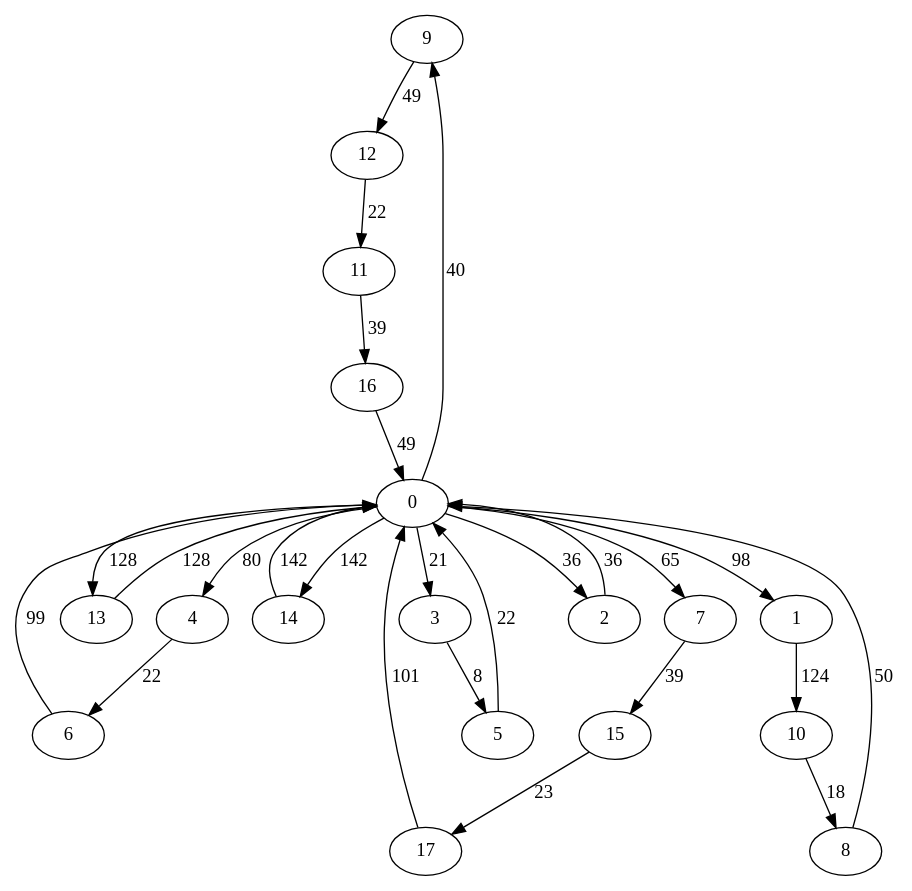
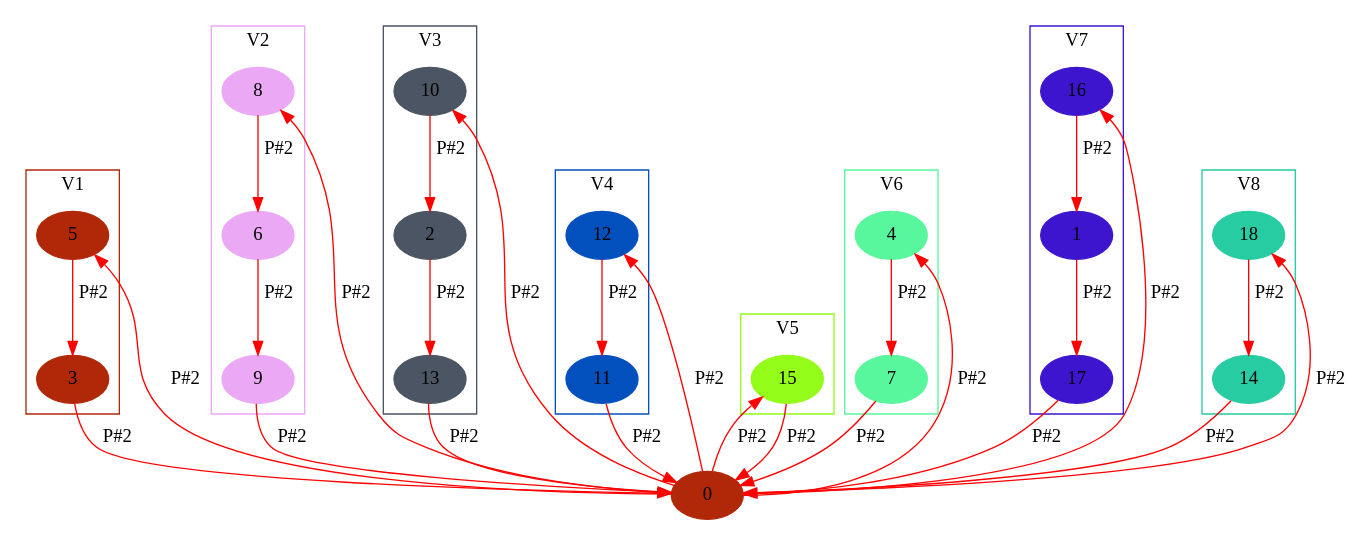
The diagram in grafos/iteration1.dot (akosej/vehicle_routing), drawn with Graphviz before and after one commit. The commit also changed 24 other files, not shown here.

```diff
--- a/grafos/iteration1.dot
+++ b/grafos/iteration1.dot
@@ -1,46 +1,84 @@
 digraph G {
-	9->12[ label=49 ];
-	12->11[ label=22 ];
-	11->16[ label=39 ];
-	6->0[ label=99 ];
-	13->0[ label=128 ];
-	0->9[ label=40 ];
-	0->3[ label=21 ];
-	0->13[ label=128 ];
-	0->14[ label=142 ];
-	0->7[ label=65 ];
-	0->4[ label=80 ];
-	0->1[ label=98 ];
-	0->2[ label=36 ];
-	17->0[ label=101 ];
-	3->5[ label=8 ];
-	15->17[ label=23 ];
-	4->6[ label=22 ];
-	10->8[ label=18 ];
-	8->0[ label=50 ];
-	2->0[ label=36 ];
-	16->0[ label=49 ];
-	5->0[ label=22 ];
-	7->15[ label=39 ];
-	1->10[ label=124 ];
-	14->0[ label=142 ];
-	0 [ label=0 ];
-	1 [ label=1 ];
-	10 [ label=10 ];
-	11 [ label=11 ];
-	12 [ label=12 ];
-	13 [ label=13 ];
-	14 [ label=14 ];
-	15 [ label=15 ];
-	16 [ label=16 ];
-	17 [ label=17 ];
-	2 [ label=2 ];
-	3 [ label=3 ];
-	4 [ label=4 ];
-	5 [ label=5 ];
-	6 [ label=6 ];
-	7 [ label=7 ];
-	8 [ label=8 ];
-	9 [ label=9 ];
+	node [style=filled, color="#b02808"] 0 5 3 0;
+	subgraph clusterG0 {
+	label="V1" 
+	color="#b02808" 
+	bgcolor=white
+	 5 3 }
 
+	0 -> 5 [label="P#2"; color=red];
+	5 -> 3 [label="P#2"; color=red];
+	3 -> 0 [label="P#2"; color=red];
+	node [style=filled, color="#eaa8f5"] 0 8 6 9 0;
+	subgraph clusterG1 {
+	label="V2" 
+	color="#eaa8f5" 
+	bgcolor=white
+	 8 6 9 }
+
+	0 -> 8 [label="P#2"; color=red];
+	8 -> 6 [label="P#2"; color=red];
+	6 -> 9 [label="P#2"; color=red];
+	9 -> 0 [label="P#2"; color=red];
+	node [style=filled, color="#4c5563"] 0 10 2 13 0;
+	subgraph clusterG2 {
+	label="V3" 
+	color="#4c5563" 
+	bgcolor=white
+	 10 2 13 }
+
+	0 -> 10 [label="P#2"; color=red];
+	10 -> 2 [label="P#2"; color=red];
+	2 -> 13 [label="P#2"; color=red];
+	13 -> 0 [label="P#2"; color=red];
+	node [style=filled, color="#0250be"] 0 12 11 0;
+	subgraph clusterG3 {
+	label="V4" 
+	color="#0250be" 
+	bgcolor=white
+	 12 11 }
+
+	0 -> 12 [label="P#2"; color=red];
+	12 -> 11 [label="P#2"; color=red];
+	11 -> 0 [label="P#2"; color=red];
+	node [style=filled, color="#93fc18"] 0 15 0;
+	subgraph clusterG4 {
+	label="V5" 
+	color="#93fc18" 
+	bgcolor=white
+	 15 }
+
+	0 -> 15 [label="P#2"; color=red];
+	15 -> 0 [label="P#2"; color=red];
+	node [style=filled, color="#58f69d"] 0 4 7 0;
+	subgraph clusterG5 {
+	label="V6" 
+	color="#58f69d" 
+	bgcolor=white
+	 4 7 }
+
+	0 -> 4 [label="P#2"; color=red];
+	4 -> 7 [label="P#2"; color=red];
+	7 -> 0 [label="P#2"; color=red];
+	node [style=filled, color="#3d15ce"] 0 16 1 17 0;
+	subgraph clusterG6 {
+	label="V7" 
+	color="#3d15ce" 
+	bgcolor=white
+	 16 1 17 }
+
+	0 -> 16 [label="P#2"; color=red];
+	16 -> 1 [label="P#2"; color=red];
+	1 -> 17 [label="P#2"; color=red];
+	17 -> 0 [label="P#2"; color=red];
+	node [style=filled, color="#27cca2"] 0 18 14 0;
+	subgraph clusterG7 {
+	label="V8" 
+	color="#27cca2" 
+	bgcolor=white
+	 18 14 }
+
+	0 -> 18 [label="P#2"; color=red];
+	18 -> 14 [label="P#2"; color=red];
+	14 -> 0 [label="P#2"; color=red];
 }
```
